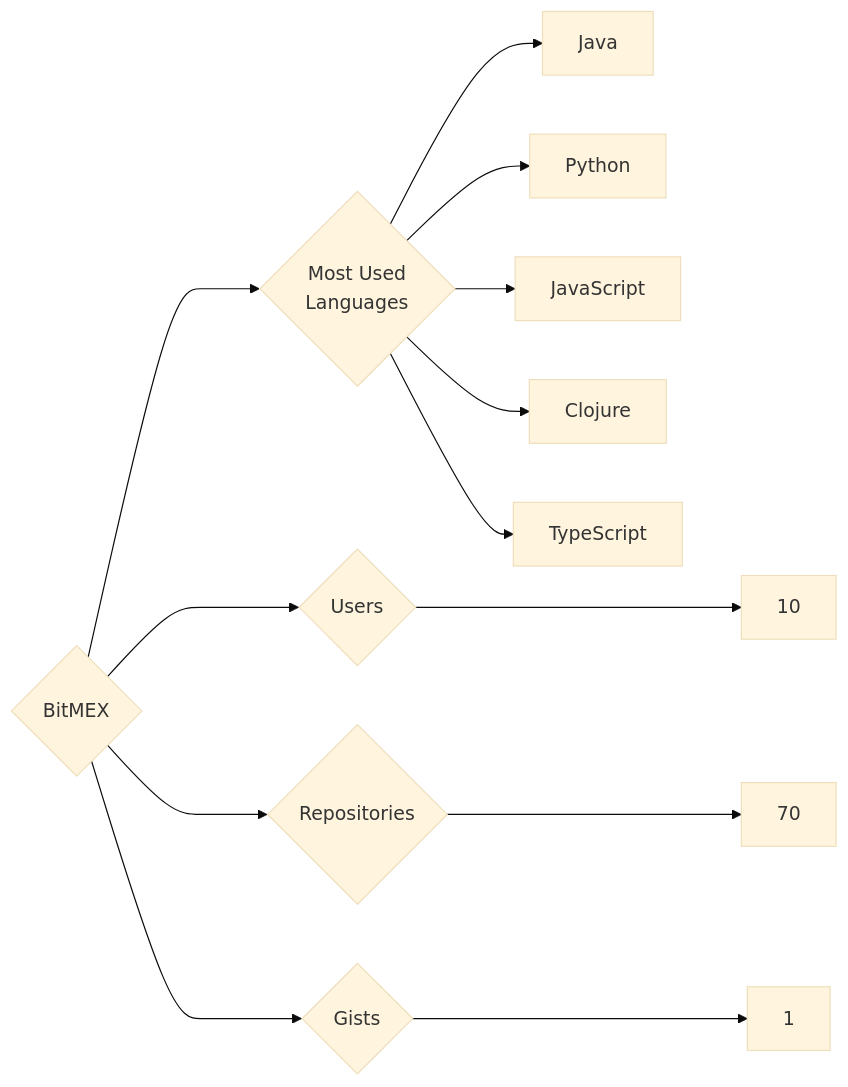
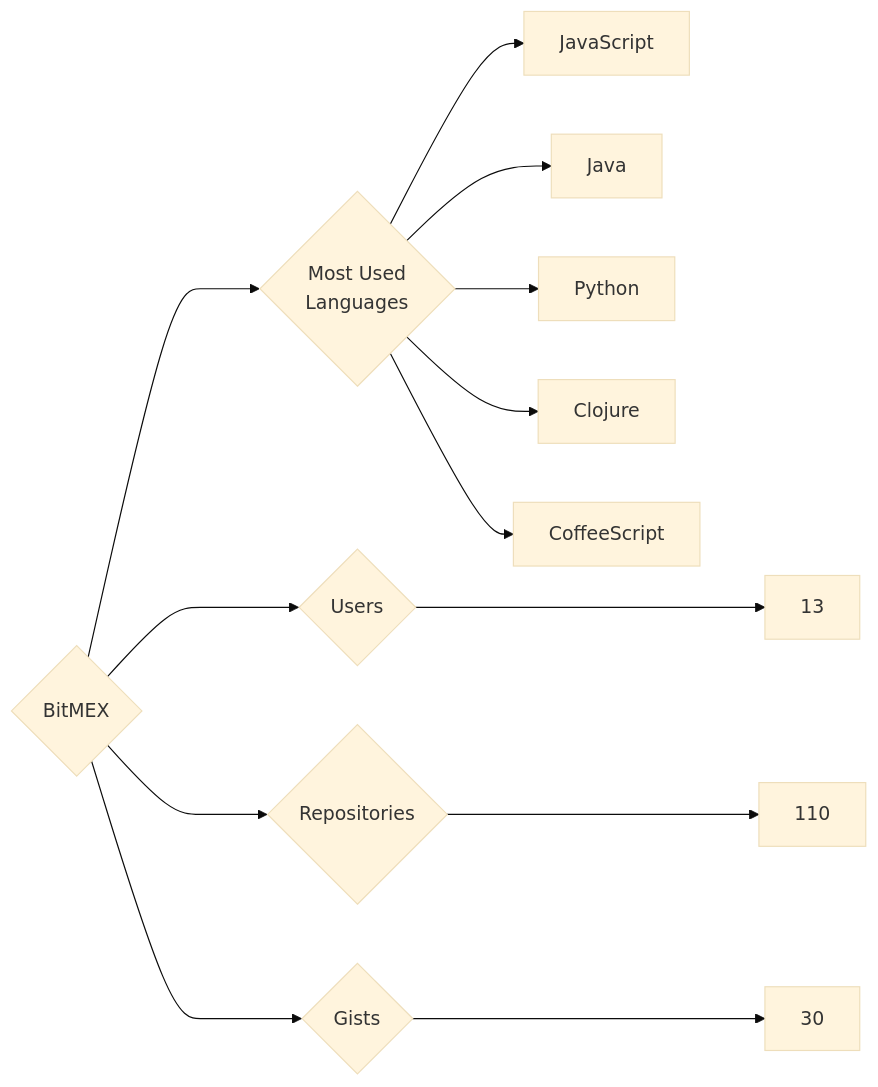
The diagram in targets/BitMEX/README.md (trickest/insiders), drawn with Mermaid (base theme) before and after one commit. The commit also changed 1089 other files, not shown here.

````diff
--- a/targets/BitMEX/README.md
+++ b/targets/BitMEX/README.md
@@ -3,13 +3,13 @@
 ```mermaid
 graph LR
 COMPANY_NAME{BitMEX}
-COMPANY_NAME ---> U{Users} ---> UN[10]
-COMPANY_NAME ---> R{Repositories} ---> RN[70]
-COMPANY_NAME ---> G{Gists} ---> GN[1]
+COMPANY_NAME ---> U{Users} ---> UN[13]
+COMPANY_NAME ---> R{Repositories} ---> RN[110]
+COMPANY_NAME ---> G{Gists} ---> GN[30]
 COMPANY_NAME ---> ML{Most Used<br>Languages}
+ML --> JavaScript[JavaScript]
 ML --> Java[Java]
 ML --> Python[Python]
-ML --> JavaScript[JavaScript]
 ML --> Clojure[Clojure]
-ML --> TypeScript[TypeScript]
+ML --> CoffeeScript[CoffeeScript]
 ```
````
